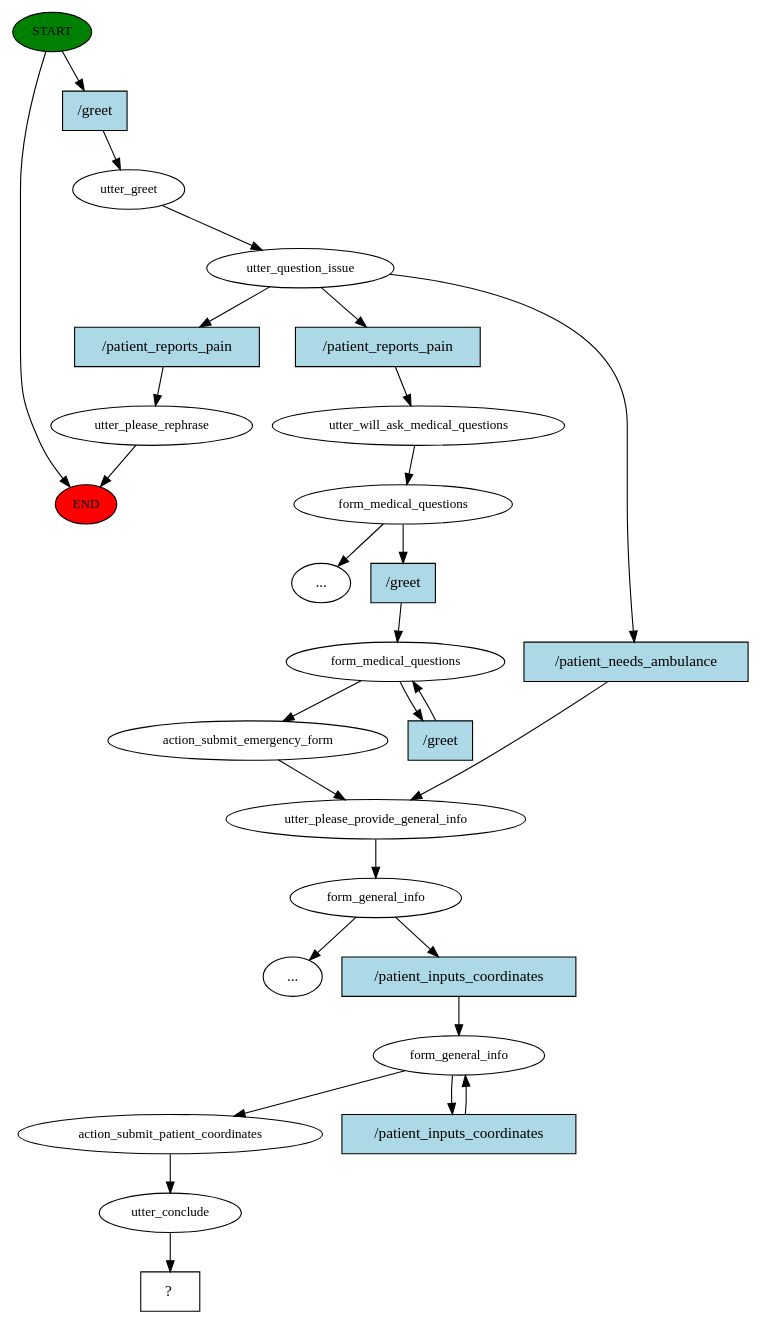
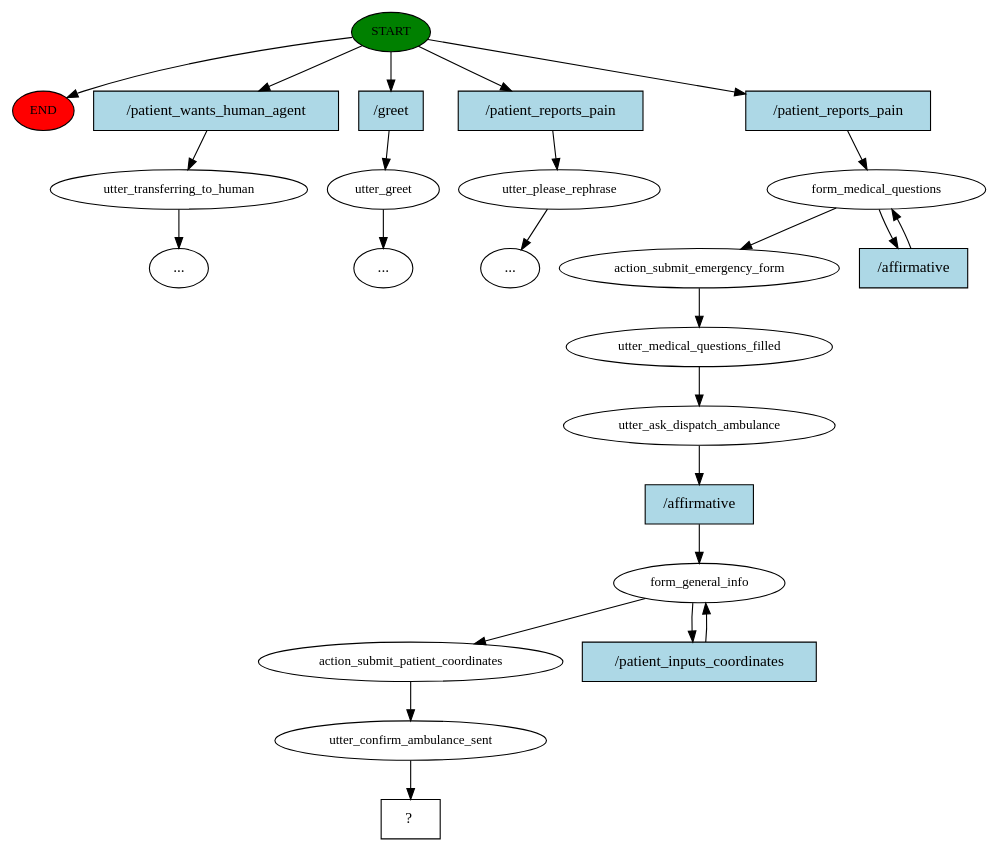
One commit to halixness/HMD-Dispatcher changed the diagram in story_graph.dot. Above: the diagram before and after it, drawn with Graphviz. The commit also changed 5 other files, not shown here.

```diff
--- a/story_graph.dot
+++ b/story_graph.dot
@@ -1,55 +1,49 @@
 digraph  {
 0 [class="start active", fillcolor=green, fontsize=12, label=START, style=filled];
 "-1" [class=end, fillcolor=red, fontsize=12, label=END, style=filled];
-1 [class=active, fontsize=12, label=utter_greet];
-2 [class=active, fontsize=12, label=utter_question_issue];
-3 [class="", fontsize=12, label=utter_please_rephrase];
-6 [class=active, fontsize=12, label=utter_will_ask_medical_questions];
-7 [class=active, fontsize=12, label=form_medical_questions];
+1 [class="", fontsize=12, label=utter_transferring_to_human];
 "-3" [class=ellipsis, label="..."];
-10 [class=active, fontsize=12, label=utter_please_provide_general_info];
-11 [class=active, fontsize=12, label=form_general_info];
-"-4" [class=ellipsis, label="..."];
-16 [class=active, fontsize=12, label=form_medical_questions];
-26 [class=active, fontsize=12, label=action_submit_emergency_form];
-29 [class=active, fontsize=12, label=form_general_info];
-31 [class=active, fontsize=12, label=action_submit_patient_coordinates];
-32 [class=active, fontsize=12, label=utter_conclude];
-33 [class="intent dashed active", label="  ?  ", shape=rect];
-34 [class="intent active", fillcolor=lightblue, label="/greet", shape=rect, style=filled];
-35 [class=intent, fillcolor=lightblue, label="/patient_reports_pain", shape=rect, style=filled];
-36 [class="intent active", fillcolor=lightblue, label="/patient_reports_pain", shape=rect, style=filled];
-37 [class=intent, fillcolor=lightblue, label="/patient_needs_ambulance", shape=rect, style=filled];
-38 [class="intent active", fillcolor=lightblue, label="/greet", shape=rect, style=filled];
-39 [class="intent active", fillcolor=lightblue, label="/patient_inputs_coordinates", shape=rect, style=filled];
-40 [class="intent active", fillcolor=lightblue, label="/greet", shape=rect, style=filled];
-41 [class="intent active", fillcolor=lightblue, label="/patient_inputs_coordinates", shape=rect, style=filled];
+2 [class="", fontsize=12, label=utter_greet];
+"-5" [class=ellipsis, label="..."];
+4 [class="", fontsize=12, label=utter_please_rephrase];
+"-6" [class=ellipsis, label="..."];
+5 [class=active, fontsize=12, label=form_medical_questions];
+16 [class=active, fontsize=12, label=action_submit_emergency_form];
+17 [class=active, fontsize=12, label=utter_medical_questions_filled];
+18 [class=active, fontsize=12, label=utter_ask_dispatch_ambulance];
+19 [class=active, fontsize=12, label=form_general_info];
+22 [class=active, fontsize=12, label=action_submit_patient_coordinates];
+23 [class=active, fontsize=12, label=utter_confirm_ambulance_sent];
+24 [class="intent dashed active", label="  ?  ", shape=rect];
+25 [class=intent, fillcolor=lightblue, label="/patient_wants_human_agent", shape=rect, style=filled];
+26 [class=intent, fillcolor=lightblue, label="/greet", shape=rect, style=filled];
+27 [class=intent, fillcolor=lightblue, label="/patient_reports_pain", shape=rect, style=filled];
+28 [class="intent active", fillcolor=lightblue, label="/patient_reports_pain", shape=rect, style=filled];
+29 [class="intent active", fillcolor=lightblue, label="/affirmative", shape=rect, style=filled];
+30 [class="intent active", fillcolor=lightblue, label="/affirmative", shape=rect, style=filled];
+31 [class="intent active", fillcolor=lightblue, label="/patient_inputs_coordinates", shape=rect, style=filled];
 0 -> "-1"  [class="", key=NONE, label=""];
-0 -> 34  [class=active, key=0];
-1 -> 2  [class=active, key=NONE, label=""];
-2 -> 35  [class="", key=0];
-2 -> 36  [class=active, key=0];
-2 -> 37  [class="", key=0];
-3 -> "-1"  [class="", key=NONE, label=""];
-6 -> 7  [class=active, key=NONE, label=""];
-7 -> "-3"  [class="", key=NONE, label=""];
-7 -> 38  [class=active, key=0];
-10 -> 11  [class=active, key=NONE, label=""];
-11 -> "-4"  [class="", key=NONE, label=""];
-11 -> 39  [class=active, key=0];
-16 -> 26  [class=active, key=NONE, label=""];
-16 -> 40  [class=active, key=0];
-26 -> 10  [class=active, key=NONE, label=""];
-29 -> 31  [class=active, key=NONE, label=""];
-29 -> 41  [class=active, key=0];
-31 -> 32  [class=active, key=NONE, label=""];
-32 -> 33  [class=active, key=NONE, label=""];
-34 -> 1  [class=active, key=0];
-35 -> 3  [class="", key=0];
-36 -> 6  [class=active, key=0];
-37 -> 10  [class="", key=0];
-38 -> 16  [class=active, key=0];
-39 -> 29  [class=active, key=0];
-40 -> 16  [class=active, key=0];
-41 -> 29  [class=active, key=0];
+0 -> 25  [class="", key=0];
+0 -> 26  [class="", key=0];
+0 -> 27  [class="", key=0];
+0 -> 28  [class=active, key=0];
+1 -> "-3"  [class="", key=NONE, label=""];
+2 -> "-5"  [class="", key=NONE, label=""];
+4 -> "-6"  [class="", key=NONE, label=""];
+5 -> 16  [class=active, key=NONE, label=""];
+5 -> 29  [class=active, key=0];
+16 -> 17  [class=active, key=NONE, label=""];
+17 -> 18  [class=active, key=NONE, label=""];
+18 -> 30  [class=active, key=0];
+19 -> 22  [class=active, key=NONE, label=""];
+19 -> 31  [class=active, key=0];
+22 -> 23  [class=active, key=NONE, label=""];
+23 -> 24  [class=active, key=NONE, label=""];
+25 -> 1  [class="", key=0];
+26 -> 2  [class="", key=0];
+27 -> 4  [class="", key=0];
+28 -> 5  [class=active, key=0];
+29 -> 5  [class=active, key=0];
+30 -> 19  [class=active, key=0];
+31 -> 19  [class=active, key=0];
 }
```
